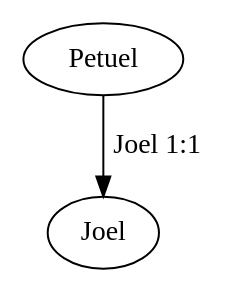
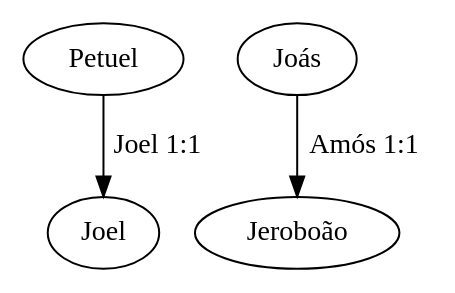
One commit to lucassdraft/logos-insights changed the diagram in genealogia.dot. Above: the diagram before and after it, drawn with Graphviz.

```diff
--- a/genealogia.dot
+++ b/genealogia.dot
@@ -1,3 +1,4 @@
 digraph Genealogia {
     Petuel -> Joel [label="Joel 1:1"]
+    Joás -> Jeroboão [label="Amós 1:1"]
 }
```
